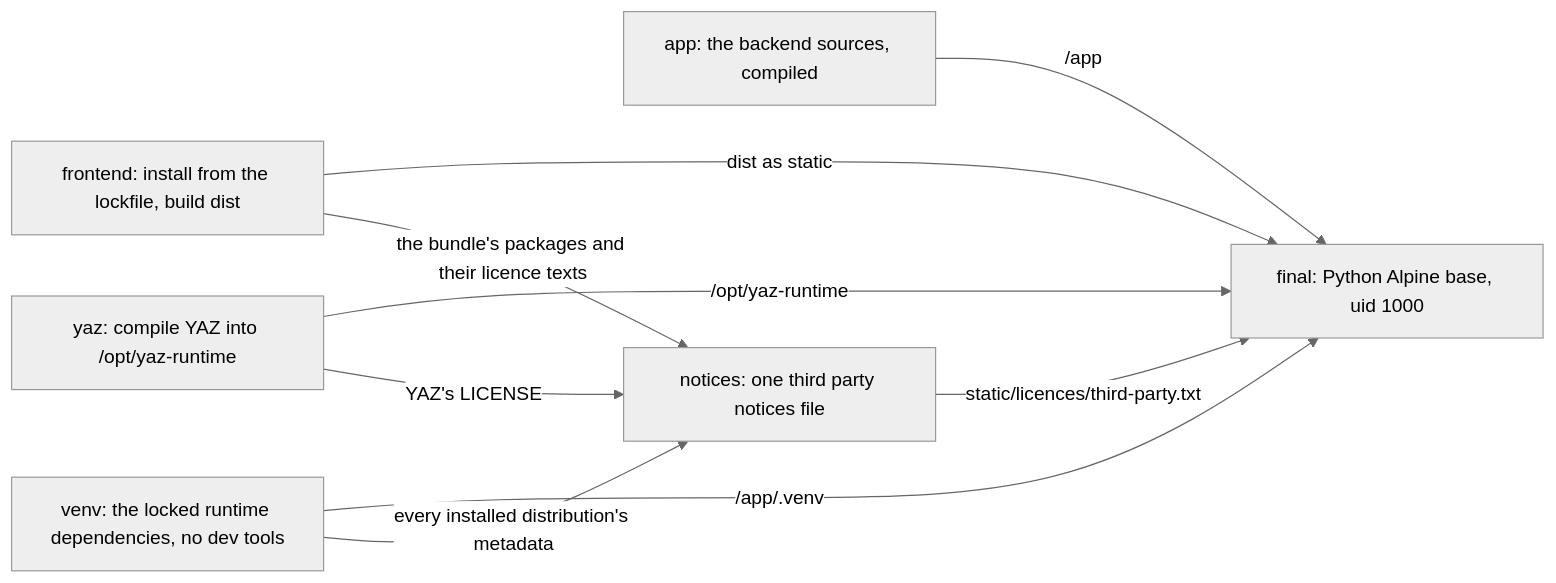
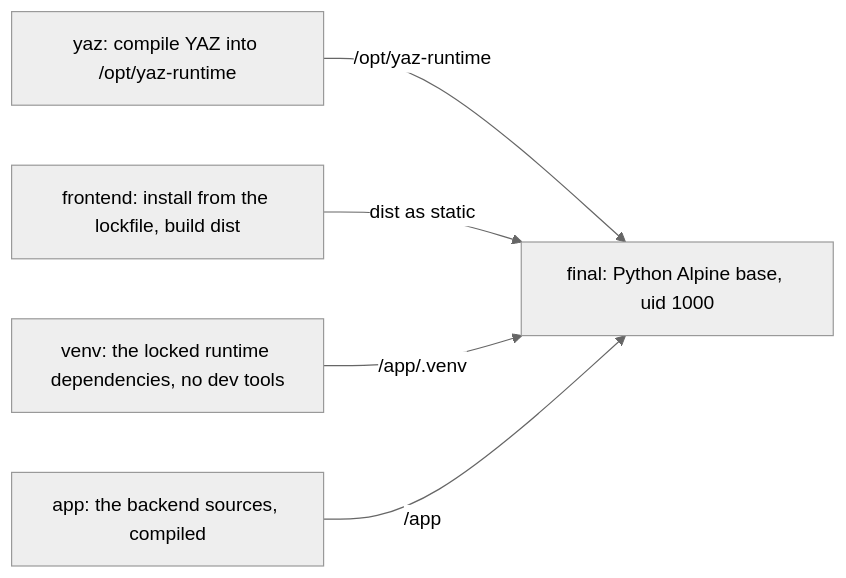
The tenth of 10 diagrams in docs/architecture.md (f-klement/endpaper), drawn with Mermaid (neutral theme) before and after one commit. The commit also changed other lines of this file and 361 other files, not shown here.

````diff
--- a/docs/architecture.md
+++ b/docs/architecture.md
@@ -850,17 +809,12 @@
 ```mermaid
 flowchart LR
   yaz["yaz: compile YAZ into /opt/yaz-runtime"]
   frontend["frontend: install from the lockfile, build dist"]
   venv["venv: the locked runtime dependencies, no dev tools"]
   appstage["app: the backend sources, compiled"]
-  notices["notices: one third party notices file"]
   final["final: Python Alpine base, uid 1000"]
   yaz -->|"/opt/yaz-runtime"| final
   frontend -->|"dist as static"| final
   venv -->|"/app/.venv"| final
   appstage -->|"/app"| final
-  frontend -->|"the bundle's packages and their licence texts"| notices
-  venv -->|"every installed distribution's metadata"| notices
-  yaz -->|"YAZ's LICENSE"| notices
-  notices -->|"static/licences/third-party.txt"| final
 ```
````
